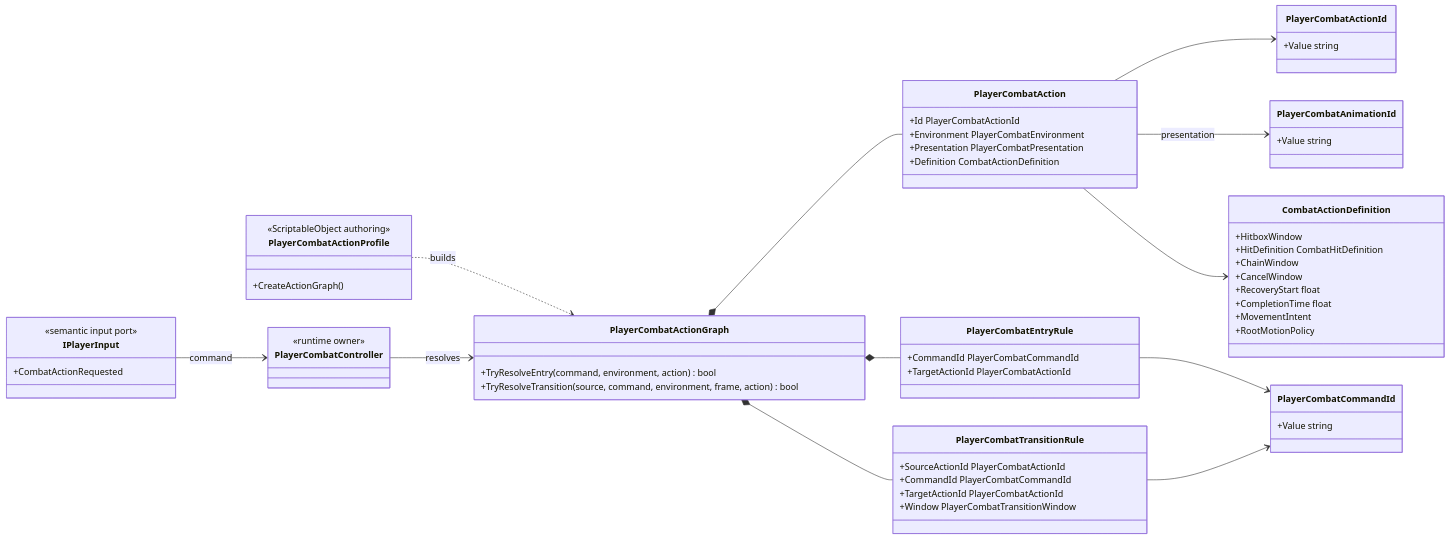
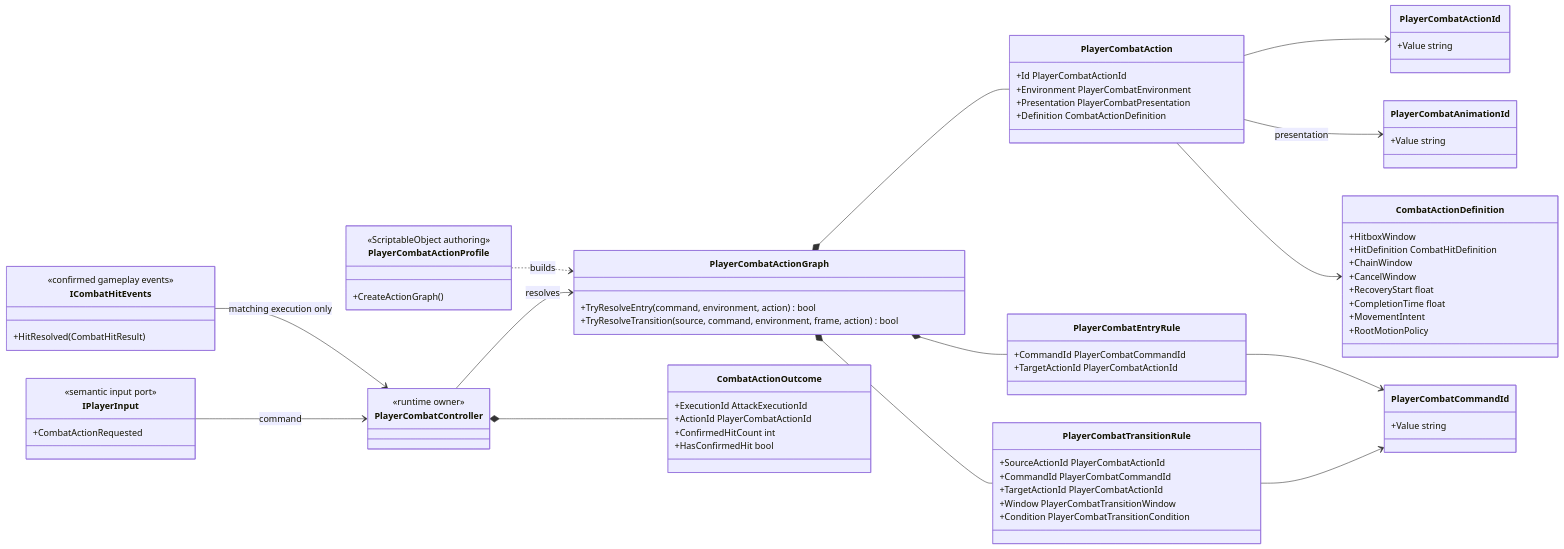
Before and after one commit to MaximFonariuc/project-s: the diagram in Docs/Architecture/Combat.ActionModel.md, drawn with Mermaid. The commit also changed other lines of this file and 10 other files, not shown here.

Commit message:
feat(combat): gate transitions by action outcome

````diff
--- a/Docs/Architecture/Combat.ActionModel.md
+++ b/Docs/Architecture/Combat.ActionModel.md
@@ -11,67 +11,80 @@
 ```mermaid
 classDiagram
     direction LR
 
     class PlayerCombatCommandId {
         +Value string
     }
     class PlayerCombatActionId {
         +Value string
     }
     class PlayerCombatAnimationId {
         +Value string
     }
     class PlayerCombatAction {
         +Id PlayerCombatActionId
         +Environment PlayerCombatEnvironment
         +Presentation PlayerCombatPresentation
         +Definition CombatActionDefinition
     }
     class PlayerCombatActionGraph {
         +TryResolveEntry(command, environment, action) bool
         +TryResolveTransition(source, command, environment, frame, action) bool
     }
     class PlayerCombatEntryRule {
         +CommandId PlayerCombatCommandId
         +TargetActionId PlayerCombatActionId
     }
     class PlayerCombatTransitionRule {
         +SourceActionId PlayerCombatActionId
         +CommandId PlayerCombatCommandId
         +TargetActionId PlayerCombatActionId
         +Window PlayerCombatTransitionWindow
+        +Condition PlayerCombatTransitionCondition
+    }
+    class CombatActionOutcome {
+        +ExecutionId AttackExecutionId
+        +ActionId PlayerCombatActionId
+        +ConfirmedHitCount int
+        +HasConfirmedHit bool
     }
     class CombatActionDefinition {
         +HitboxWindow
         +HitDefinition CombatHitDefinition
         +ChainWindow
         +CancelWindow
         +RecoveryStart float
         +CompletionTime float
         +MovementIntent
         +RootMotionPolicy
     }
     class PlayerCombatActionProfile {
         <<ScriptableObject authoring>>
         +CreateActionGraph()
     }
     class PlayerCombatController {
         <<runtime owner>>
     }
     class IPlayerInput {
         <<semantic input port>>
         +CombatActionRequested
     }
+    class ICombatHitEvents {
+        <<confirmed gameplay events>>
+        +HitResolved(CombatHitResult)
+    }
 
     PlayerCombatActionGraph *-- PlayerCombatAction
     PlayerCombatActionGraph *-- PlayerCombatEntryRule
     PlayerCombatActionGraph *-- PlayerCombatTransitionRule
     PlayerCombatAction --> PlayerCombatActionId
     PlayerCombatAction --> PlayerCombatAnimationId : presentation
     PlayerCombatAction --> CombatActionDefinition
     PlayerCombatEntryRule --> PlayerCombatCommandId
     PlayerCombatTransitionRule --> PlayerCombatCommandId
+    PlayerCombatController *-- CombatActionOutcome
+    ICombatHitEvents --> PlayerCombatController : matching execution only
     PlayerCombatActionProfile ..> PlayerCombatActionGraph : builds
     IPlayerInput --> PlayerCombatController : command
     PlayerCombatController --> PlayerCombatActionGraph : resolves
 ```
````
